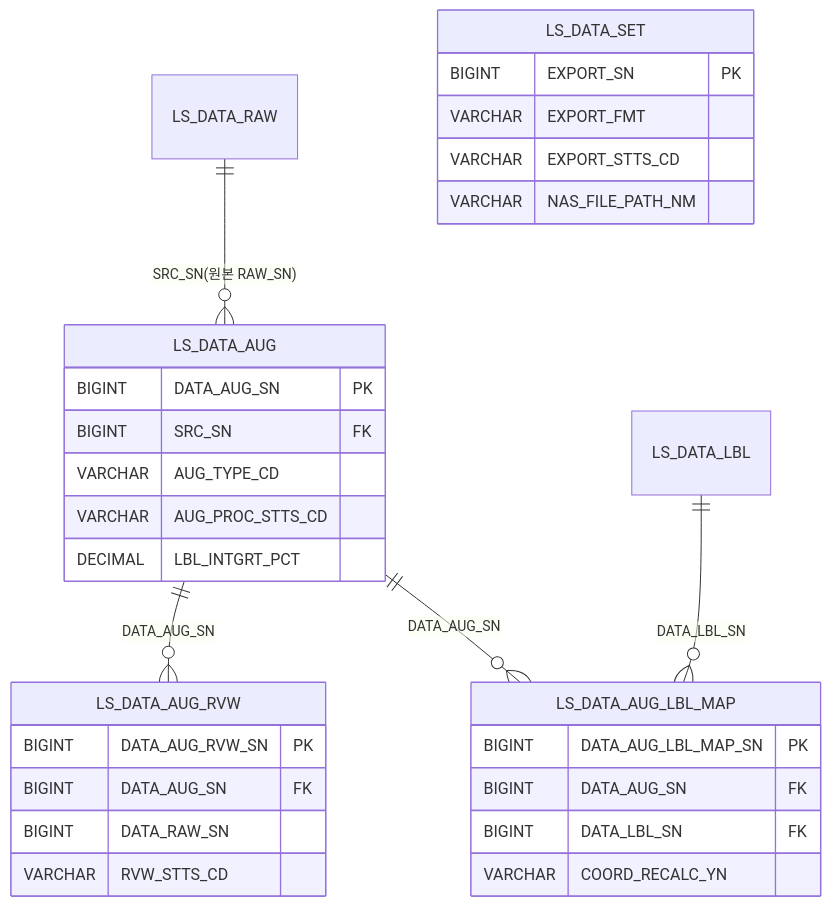
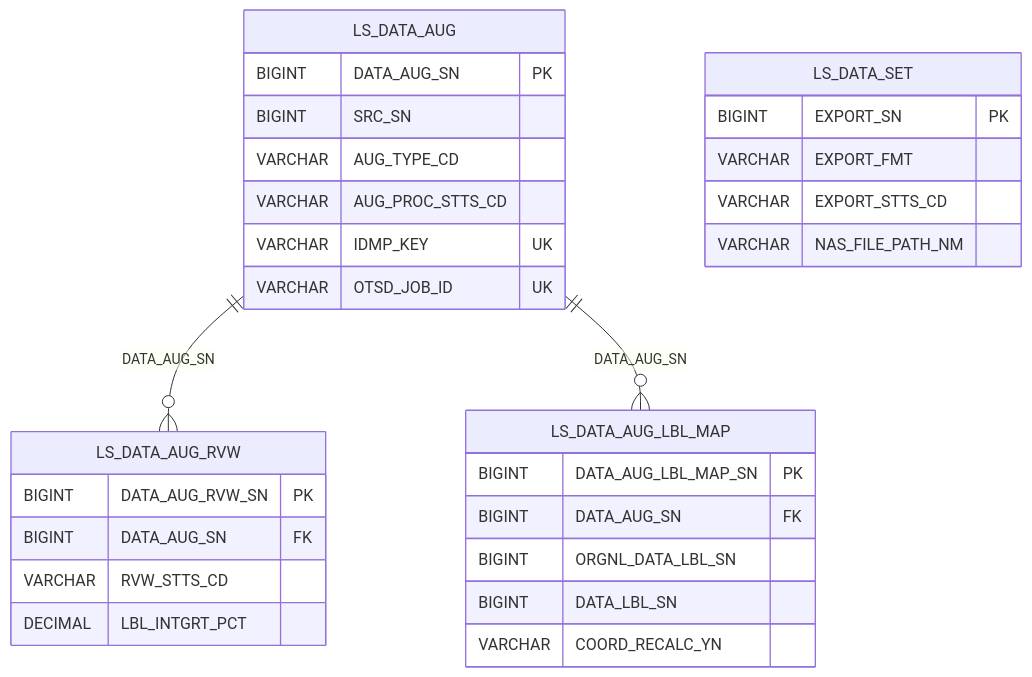
The eighth of 12 diagrams in docs/design/D8-엔티티관계모형설계서.md (New-stella/klid-label), drawn with Mermaid before and after one commit. The commit also changed other lines of this file and 36 other files, not shown here.

````diff
--- a/docs/design/D8-엔티티관계모형설계서.md
+++ b/docs/design/D8-엔티티관계모형설계서.md
@@ -239,33 +283,33 @@
 ```mermaid
 erDiagram
-    LS_DATA_RAW ||--o{ LS_DATA_AUG : "SRC_SN(원본 RAW_SN)"
     LS_DATA_AUG ||--o{ LS_DATA_AUG_RVW : "DATA_AUG_SN"
     LS_DATA_AUG ||--o{ LS_DATA_AUG_LBL_MAP : "DATA_AUG_SN"
-    LS_DATA_LBL ||--o{ LS_DATA_AUG_LBL_MAP : "DATA_LBL_SN"
 
     LS_DATA_AUG {
         BIGINT DATA_AUG_SN PK
-        BIGINT SRC_SN FK
+        BIGINT SRC_SN
         VARCHAR AUG_TYPE_CD
         VARCHAR AUG_PROC_STTS_CD
-        DECIMAL LBL_INTGRT_PCT
+        VARCHAR IDMP_KEY UK
+        VARCHAR OTSD_JOB_ID UK
     }
     LS_DATA_AUG_RVW {
         BIGINT DATA_AUG_RVW_SN PK
         BIGINT DATA_AUG_SN FK
-        BIGINT DATA_RAW_SN
         VARCHAR RVW_STTS_CD
+        DECIMAL LBL_INTGRT_PCT
     }
     LS_DATA_AUG_LBL_MAP {
         BIGINT DATA_AUG_LBL_MAP_SN PK
         BIGINT DATA_AUG_SN FK
-        BIGINT DATA_LBL_SN FK
+        BIGINT ORGNL_DATA_LBL_SN
+        BIGINT DATA_LBL_SN
         VARCHAR COORD_RECALC_YN
     }
     LS_DATA_SET {
         BIGINT EXPORT_SN PK
         VARCHAR EXPORT_FMT
         VARCHAR EXPORT_STTS_CD
         VARCHAR NAS_FILE_PATH_NM
     }
 ```
````
